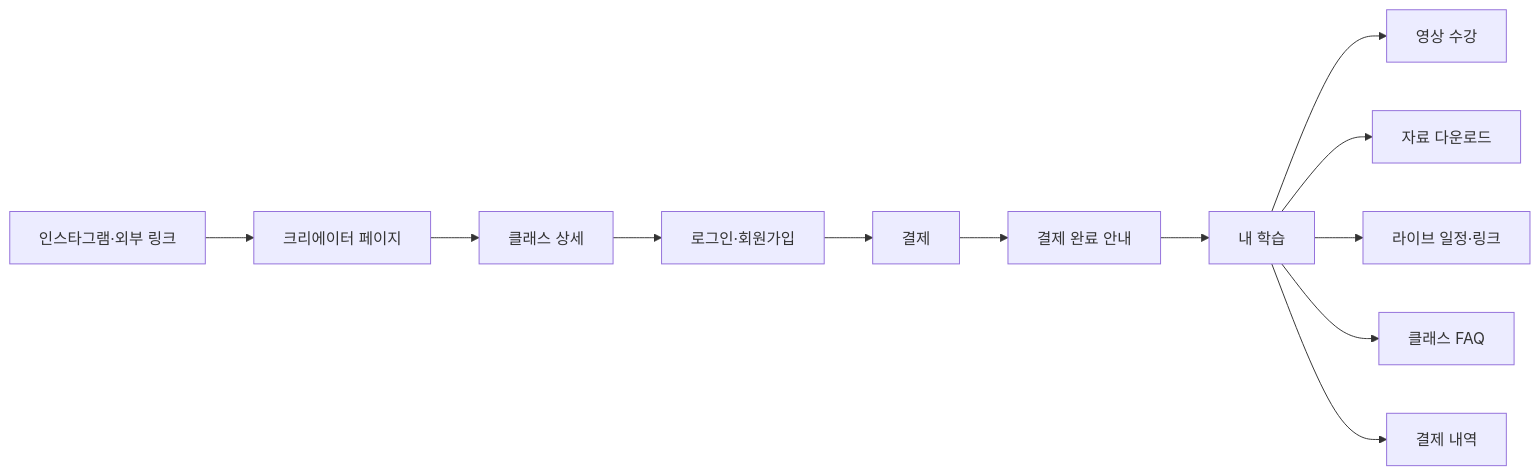
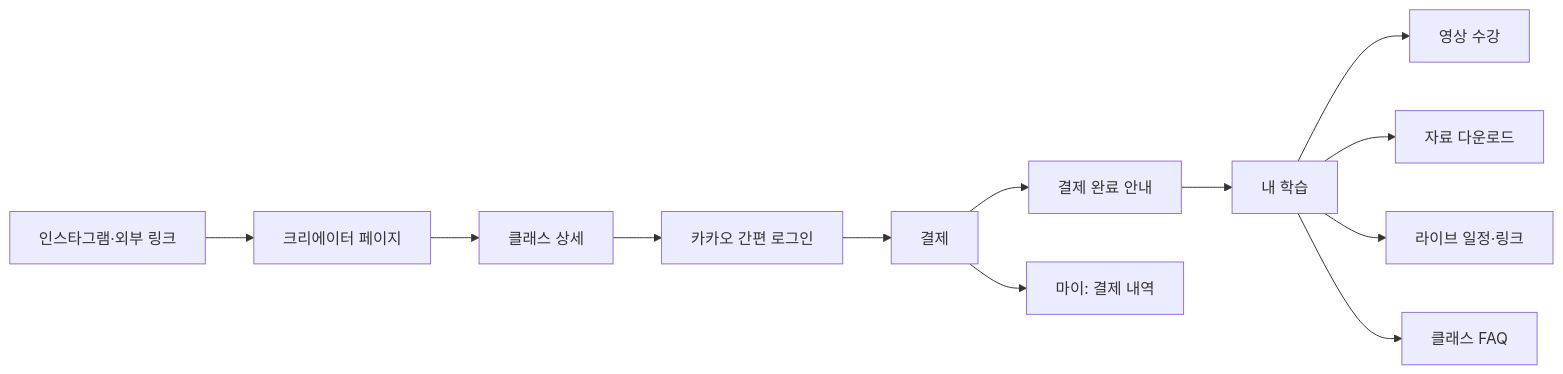
The diagram in knowhowzip-site/PRODUCT_SPEC.md (olabeann/knowhowzip), drawn with Mermaid before and after one commit. The commit also changed other lines of this file and 10 other files, not shown here.

```diff
--- a/knowhowzip-site/PRODUCT_SPEC.md
+++ b/knowhowzip-site/PRODUCT_SPEC.md
@@ -30,14 +30,14 @@
 ~~~mermaid
 flowchart LR
     A["인스타그램·외부 링크"] --> B["크리에이터 페이지"]
     B --> C["클래스 상세"]
-    C --> D["로그인·회원가입"]
+    C --> D["카카오 간편 로그인"]
     D --> E["결제"]
     E --> F["결제 완료 안내"]
     F --> G["내 학습"]
     G --> H["영상 수강"]
     G --> I["자료 다운로드"]
     G --> J["라이브 일정·링크"]
     G --> K["클래스 FAQ"]
-    G --> L["결제 내역"]
+    E --> L["마이: 결제 내역"]
 ~~~
```
